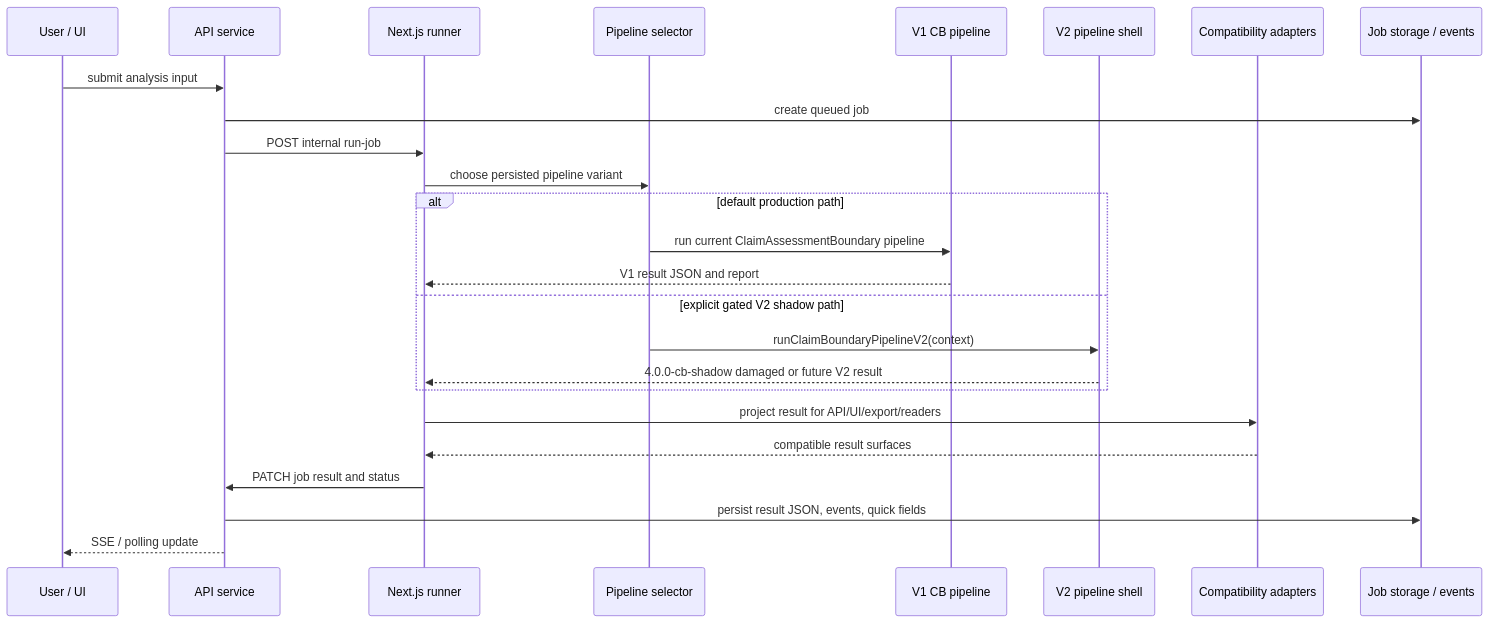
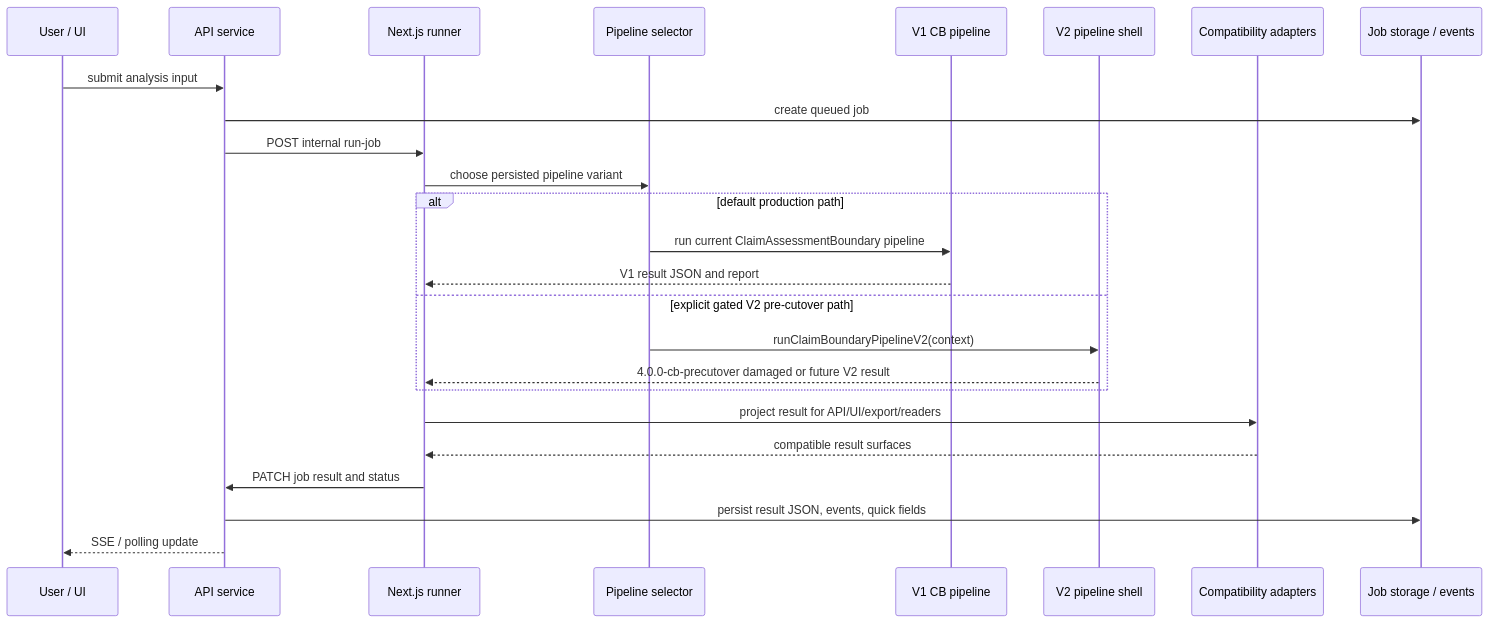
The third of 7 diagrams in Docs/WIP/2026-05-12_Pipeline_Rebuild_Target_Specification_Draft.md (robertschaub/FactHarbor), drawn with Mermaid before and after one commit. The commit also changed other lines of this file and 32 other files, not shown here.

````diff
--- a/Docs/WIP/2026-05-12_Pipeline_Rebuild_Target_Specification_Draft.md
+++ b/Docs/WIP/2026-05-12_Pipeline_Rebuild_Target_Specification_Draft.md
@@ -186,30 +186,30 @@
 ```mermaid
 sequenceDiagram
   participant User as User / UI
   participant API as API service
   participant Runner as Next.js runner
   participant Select as Pipeline selector
   participant V1 as V1 CB pipeline
   participant V2 as V2 pipeline shell
   participant Adapter as Compatibility adapters
   participant Store as Job storage / events
 
   User->>API: submit analysis input
   API->>Store: create queued job
   API->>Runner: POST internal run-job
   Runner->>Select: choose persisted pipeline variant
 
   alt default production path
     Select->>V1: run current ClaimAssessmentBoundary pipeline
     V1-->>Runner: V1 result JSON and report
-  else explicit gated V2 shadow path
+  else explicit gated V2 pre-cutover path
     Select->>V2: runClaimBoundaryPipelineV2(context)
-    V2-->>Runner: 4.0.0-cb-shadow damaged or future V2 result
+    V2-->>Runner: 4.0.0-cb-precutover damaged or future V2 result
   end
 
   Runner->>Adapter: project result for API/UI/export/readers
   Adapter-->>Runner: compatible result surfaces
   Runner->>API: PATCH job result and status
   API->>Store: persist result JSON, events, quick fields
   API-->>User: SSE / polling update
 ```
````
